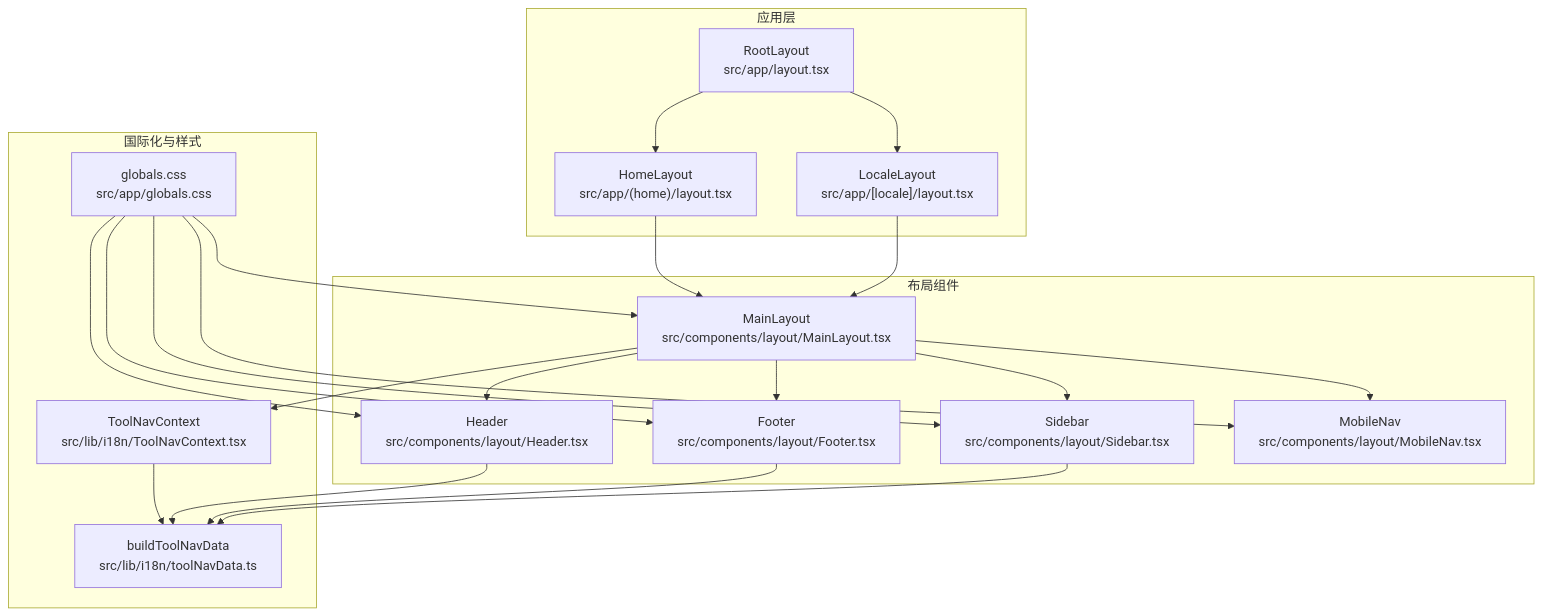
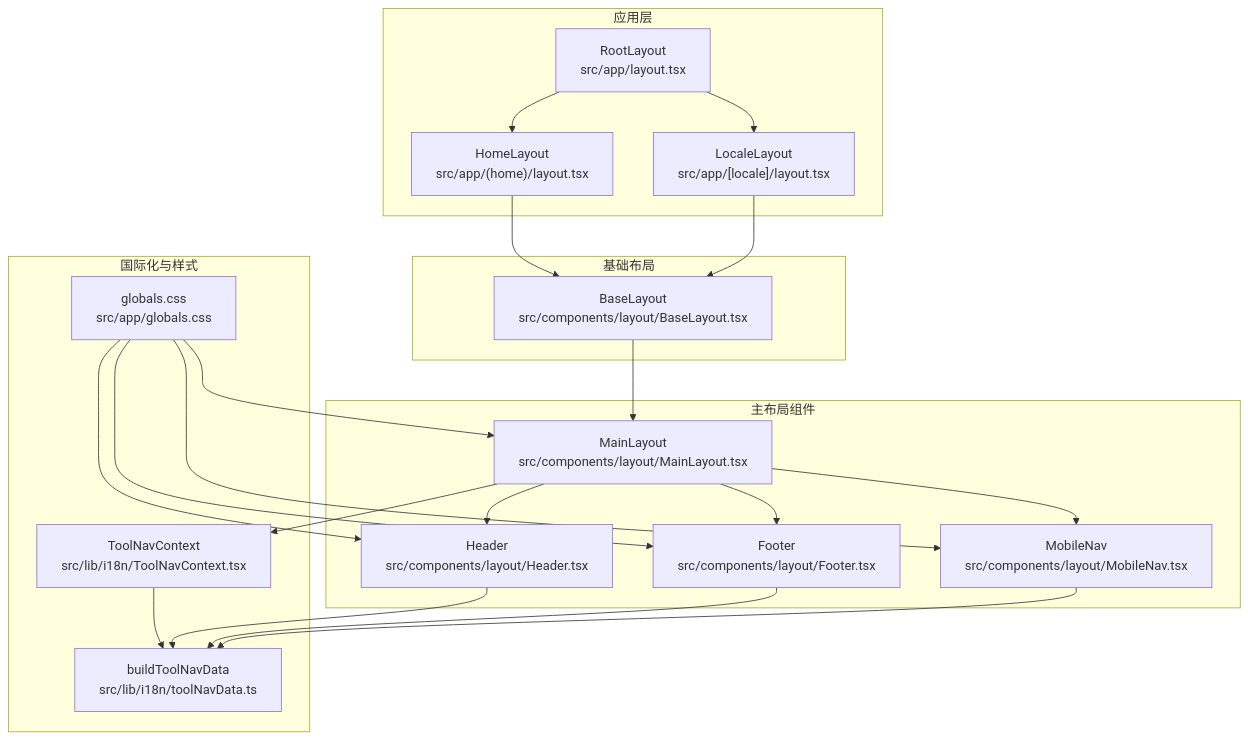
One commit to sgyy/privadeck changed the first of 4 diagrams in .qoder/repowiki/zh/content/UI组件系统/布局组件.md. Above: the diagram before and after it, drawn with Mermaid. The commit also changed other lines of this file and 6 other files, not shown here.

````diff
--- a/.qoder/repowiki/zh/content/UI组件系统/布局组件.md
+++ b/.qoder/repowiki/zh/content/UI组件系统/布局组件.md
@@ -38,38 +44,39 @@
 ```mermaid
 graph TB
 subgraph "应用层"
 Root["RootLayout<br/>src/app/layout.tsx"]
 HomeLayout["HomeLayout<br/>src/app/(home)/layout.tsx"]
 LocaleLayout["LocaleLayout<br/>src/app/[locale]/layout.tsx"]
 end
-subgraph "布局组件"
+subgraph "基础布局"
+Base["BaseLayout<br/>src/components/layout/BaseLayout.tsx"]
+end
+subgraph "主布局组件"
 Main["MainLayout<br/>src/components/layout/MainLayout.tsx"]
 Header["Header<br/>src/components/layout/Header.tsx"]
 Footer["Footer<br/>src/components/layout/Footer.tsx"]
-Sidebar["Sidebar<br/>src/components/layout/Sidebar.tsx"]
 MobileNav["MobileNav<br/>src/components/layout/MobileNav.tsx"]
 end
 subgraph "国际化与样式"
 ToolNavData["buildToolNavData<br/>src/lib/i18n/toolNavData.ts"]
 ToolNavCtx["ToolNavContext<br/>src/lib/i18n/ToolNavContext.tsx"]
 Styles["globals.css<br/>src/app/globals.css"]
 end
 Root --> HomeLayout
 Root --> LocaleLayout
-HomeLayout --> Main
-LocaleLayout --> Main
+HomeLayout --> Base
+LocaleLayout --> Base
+Base --> Main
 Main --> Header
 Main --> Footer
 Main --> MobileNav
-Main --> Sidebar
 Main --> ToolNavCtx
 ToolNavCtx --> ToolNavData
 Header --> ToolNavData
 Footer --> ToolNavData
-Sidebar --> ToolNavData
+MobileNav --> ToolNavData
 Styles --> Header
 Styles --> Footer
 Styles --> Main
-Styles --> Sidebar
 Styles --> MobileNav
 ```
````
